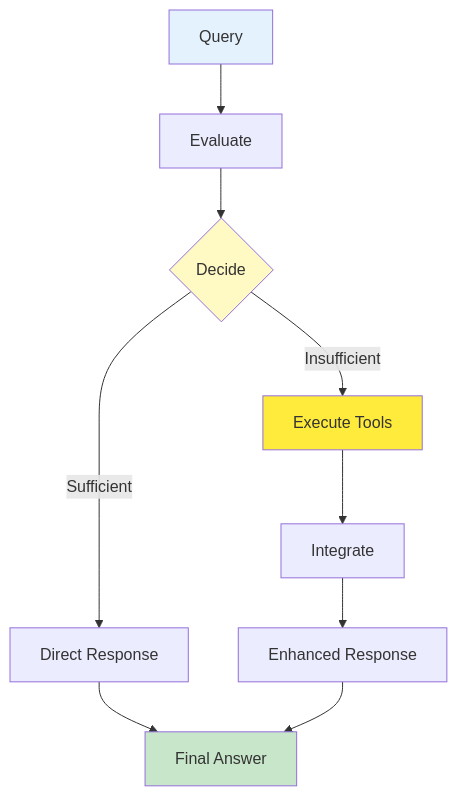
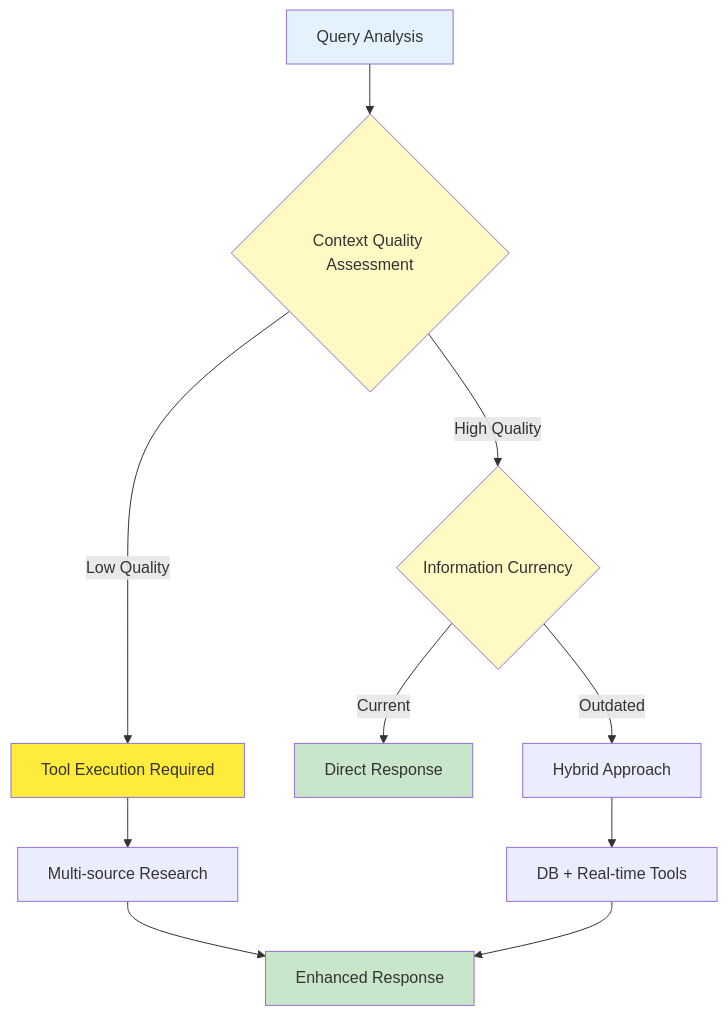
The second of 2 diagrams in docs/agentic-vs-traditional-rag.md (rlynjb/adventurecue), drawn with Mermaid before and after one commit. The commit also changed other lines of this file and 66 other files, not shown here.

````diff
--- a/docs/agentic-vs-traditional-rag.md
+++ b/docs/agentic-vs-traditional-rag.md
@@ -370,15 +77,21 @@
 ```mermaid
 graph TD
-    A[Query] --> B[Evaluate] --> C{Decide}
-    C -->|Sufficient| D[Direct Response]
-    C -->|Insufficient| E[Execute Tools]
-    E --> F[Integrate]
-    F --> G[Enhanced Response]
-    D --> H[Final Answer]
-    G --> H
+    A[Query Analysis] --> B{Context Quality Assessment}
+    B -->|High Quality| C{Information Currency}
+    B -->|Low Quality| D[Tool Execution Required]
+
+    C -->|Current| E[Direct Response]
+    C -->|Outdated| F[Hybrid Approach]
+
+    D --> G[Multi-source Research]
+    F --> H[DB + Real-time Tools]
+    G --> I[Enhanced Response]
+    H --> I
 
     style A fill:#e3f2fd
+    style B fill:#fff9c4
     style C fill:#fff9c4
-    style E fill:#ffeb3b
-    style H fill:#c8e6c9
+    style D fill:#ffeb3b
+    style E fill:#c8e6c9
+    style I fill:#c8e6c9
 ```
````
